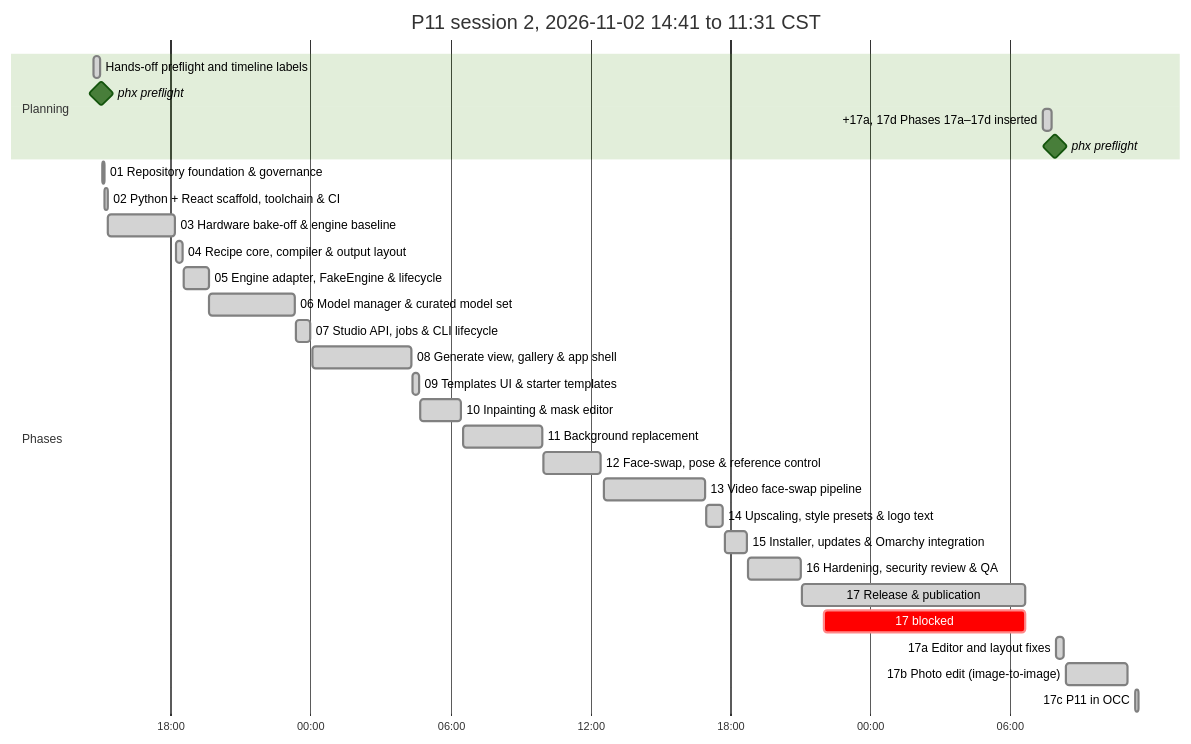
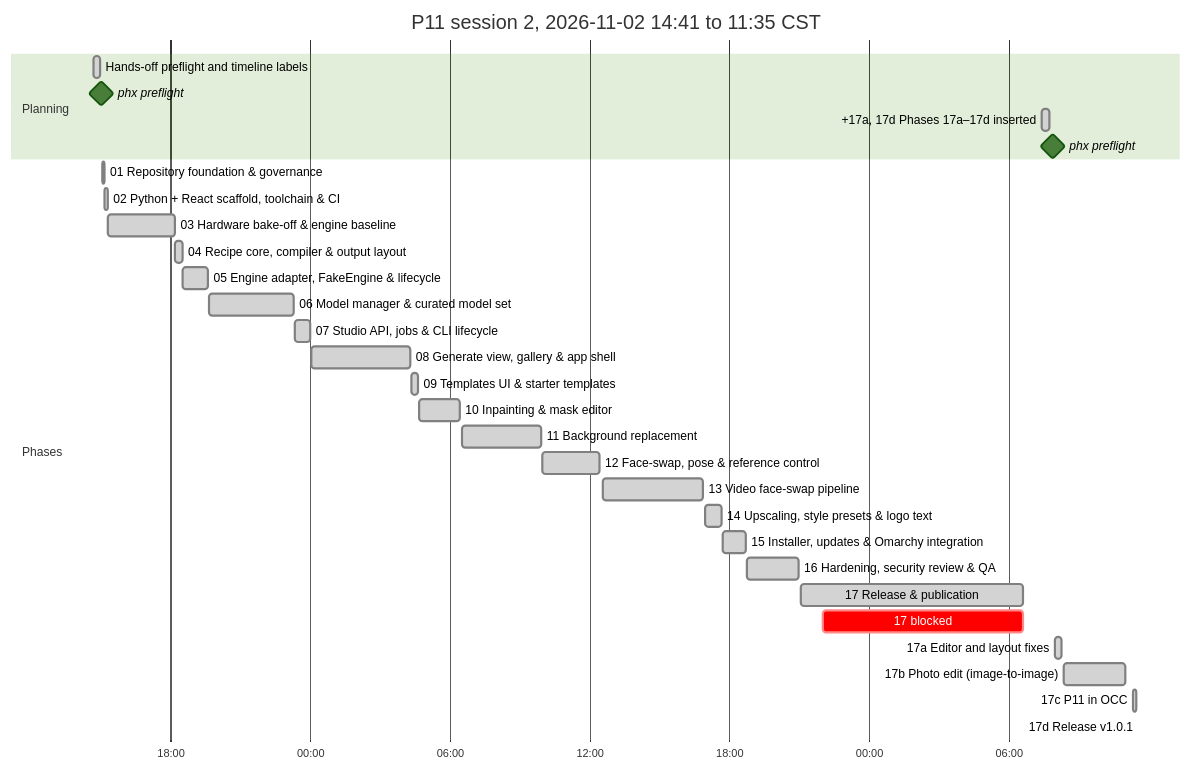
One commit to antonizick/project1111 changed the second of 2 diagrams in P11_IMPLEMENTATION_PLAN.md. Above: the diagram before and after it, drawn with Mermaid (forest theme). The commit also changed other lines of this file and 2 other files, not shown here.

Commit message:
docs(plan): refresh timeline

````diff
--- a/P11_IMPLEMENTATION_PLAN.md
+++ b/P11_IMPLEMENTATION_PLAN.md
@@ -79,33 +79,34 @@
 ```mermaid
 gantt
-    title P11 session 2, 2026-11-02 14:41 to 11:31 CST
+    title P11 session 2, 2026-11-02 14:41 to 11:35 CST
     dateFormat YYYY-MM-DD HH:mm
     axisFormat %H:%M
     section Planning
     Hands-off preflight and timeline labels :done, plan3, 2026-11-02 14:41, 2026-11-02 14:59
     phx preflight :milestone, pf13ee0d5, 2026-11-02 15:00, 0m
     +17a, 17d Phases 17a–17d inserted :done, plan4, 2026-11-04 07:25, 2026-11-04 07:47
     phx preflight :milestone, pf19ebe39, 2026-11-04 07:54, 0m
     section Phases
     01 Repository foundation & governance :done, p01s2, 2026-11-02 15:05, 2026-11-02 15:08
     02 Python + React scaffold, toolchain & CI :done, p02s2, 2026-11-02 15:09, 2026-11-02 15:18
     03 Hardware bake-off & engine baseline :done, p03s2, 2026-11-02 15:19, 2026-11-02 18:10
     04 Recipe core, compiler & output layout :done, p04s2, 2026-11-02 18:12, 2026-11-02 18:30
     05 Engine adapter, FakeEngine & lifecycle :done, p05s2, 2026-11-02 18:32, 2026-11-02 19:37
     06 Model manager & curated model set :done, p06s2, 2026-11-02 19:39, 2026-11-02 23:18
     07 Studio API, jobs & CLI lifecycle :done, p07s2, 2026-11-02 23:21, 2026-11-03 00:00
     08 Generate view, gallery & app shell :done, p08s2, 2026-11-03 00:03, 2026-11-03 04:18
     09 Templates UI & starter templates :done, p09s2, 2026-11-03 04:21, 2026-11-03 04:38
     10 Inpainting & mask editor :done, p10s2, 2026-11-03 04:41, 2026-11-03 06:25
     11 Background replacement :done, p11s2, 2026-11-03 06:31, 2026-11-03 09:55
     12 Face-swap, pose & reference control :done, p12s2, 2026-11-03 09:58, 2026-11-03 12:25
     13 Video face-swap pipeline :done, p13s2, 2026-11-03 12:34, 2026-11-03 16:54
     14 Upscaling, style presets & logo text :done, p14s2, 2026-11-03 16:58, 2026-11-03 17:41
     15 Installer, updates & Omarchy integration :done, p15s2, 2026-11-03 17:45, 2026-11-03 18:42
     16 Hardening, security review & QA :done, p16s2, 2026-11-03 18:46, 2026-11-03 21:00
     17 Release & publication :done, p17s2, 2026-11-03 21:04, 2026-11-04 06:39
     17 blocked :crit, p17w1s2, 2026-11-03 22:01, 2026-11-04 06:38
     17a Editor and layout fixes :done, p17as2, 2026-11-04 07:59, 2026-11-04 08:18
     17b Photo edit (image-to-image) :done, p17bs2, 2026-11-04 08:22, 2026-11-04 11:02
     17c P11 in OCC :done, p17cs2, 2026-11-04 11:21, 2026-11-04 11:30
+    17d Release v1.0.1 :active, p17ds2, 2026-11-04 11:35, 2026-11-04 11:36
 ```
````
